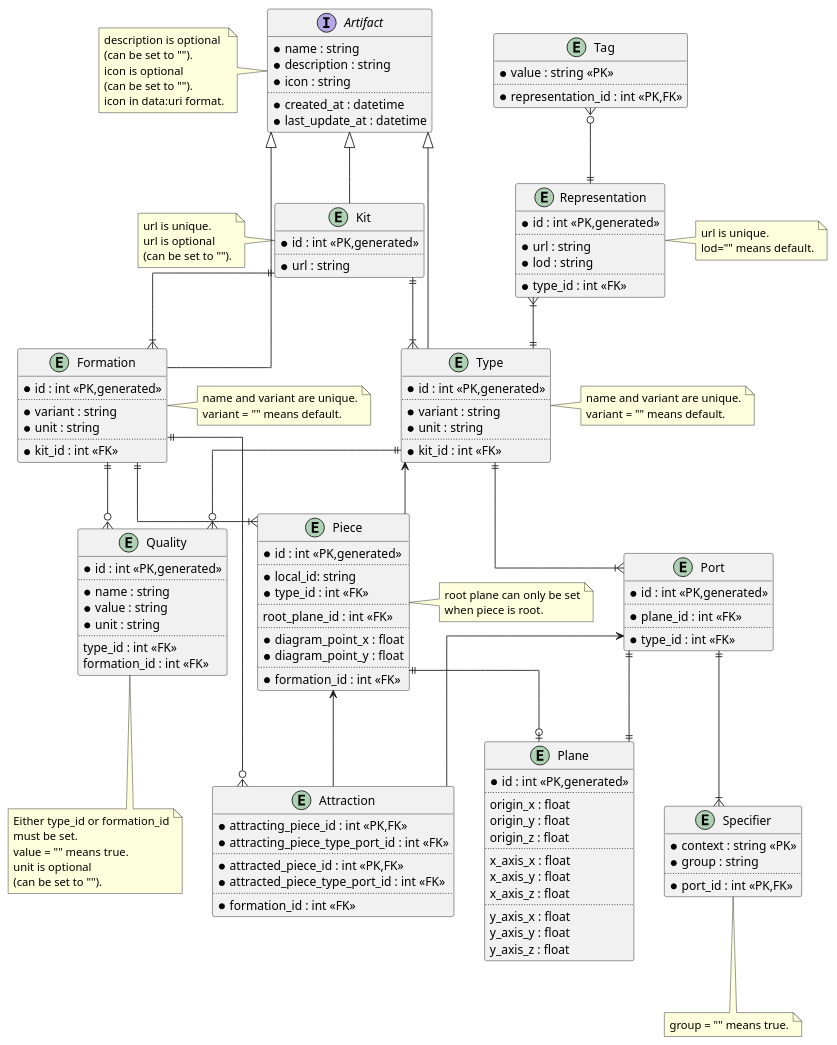
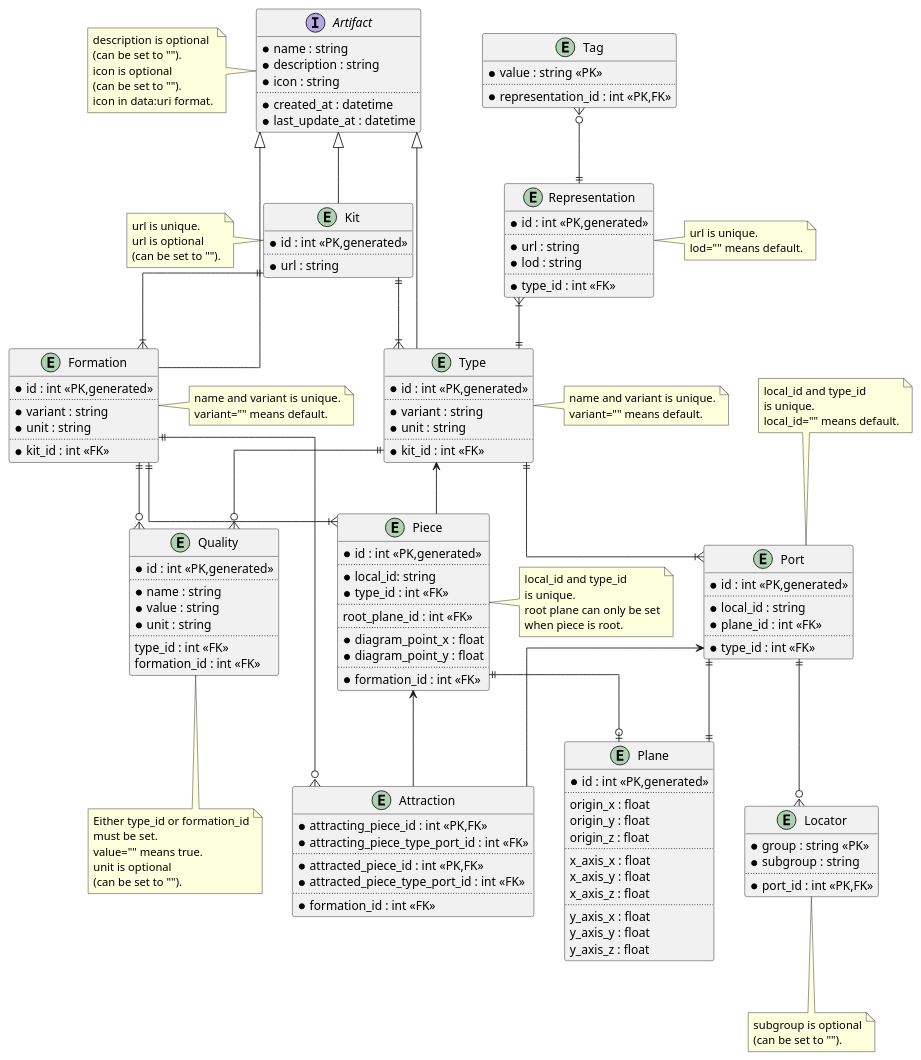
One commit to usalu/semio changed the diagram in docs/softwarequality/softwarearchitecture/dataarchitecture.pu. Above: the diagram before and after it, drawn with PlantUML. The commit also changed 60 other files, not shown here.

First line of the commit message:
🔁Port identification mechanism🔄Specifier to Locators.⬆️.NET Docs

```diff
--- a/docs/softwarequality/softwarearchitecture/dataarchitecture.pu
+++ b/docs/softwarequality/softwarearchitecture/dataarchitecture.pu
@@ -1,177 +1,186 @@
 @startuml "data architecture"
 skinparam linetype ortho
 
 interface Artifact {
     *name : string
     *description : string
     *icon : string
     ..
     *created_at : datetime
     *last_update_at : datetime
 }
 note left of Artifact
     description is optional
     (can be set to "").
     icon is optional
     (can be set to "").
     icon in data:uri format.
 end note
 
 entity Kit {
     *id : int <<PK,generated>> 
     ..
     *url : string
 }
 note left of Kit
     url is unique.
     url is optional
     (can be set to "").
 end note
 
 entity Type {
     *id : int <<PK,generated>>
     ..
     *variant : string
     *unit : string
     ..
     *kit_id : int <<FK>>
 }
 note right of Type
-    name and variant are unique.
-    variant = "" means default.
+    name and variant is unique.
+    variant="" means default.
 end note
 
 entity Representation {
     *id : int <<PK,generated>>
     ..
     *url : string
     *lod : string
     ..
     *type_id : int <<FK>>
 }
 note right of Representation
     url is unique.
     lod="" means default.
 end note
 
 entity Tag {
     *value : string <<PK>>
     ..
     *representation_id : int <<PK,FK>>
 }
 
 entity Plane{
     *id : int <<PK,generated>>
     ..
     origin_x : float
     origin_y : float
     origin_z : float
     ..
     x_axis_x : float
     x_axis_y : float
     x_axis_z : float
     ..
     y_axis_x : float
     y_axis_y : float
     y_axis_z : float
 }
 
 entity Port {
     *id : int <<PK,generated>>
     ..
+    *local_id : string
     *plane_id : int <<FK>>
     ..
     *type_id : int <<FK>>
 }
+note top of Port
+    local_id and type_id
+    is unique.
+    local_id="" means default.
+end note
 
 entity Quality {
     *id : int <<PK,generated>>
     ..
     *name : string
     *value : string
     *unit : string
     ..
     type_id : int <<FK>>
     formation_id : int <<FK>>
 }
 note bottom of Quality
     Either type_id or formation_id
     must be set.
-    value = "" means true.
+    value="" means true.
     unit is optional
     (can be set to "").
 end note
 
 
-entity Specifier {
-    *context : string <<PK>>
-    *group : string
+entity Locator {
+    *group : string <<PK>>
+    *subgroup : string
     ..
     *port_id : int <<PK,FK>>
 }
-note bottom of Specifier
-    group = "" means true.
+note bottom of Locator
+    subgroup is optional
+    (can be set to "").
 end note
 
 entity Piece{
     *id : int <<PK,generated>>
     ..
     *local_id: string
     *type_id : int <<FK>>
     ..
     root_plane_id : int <<FK>>
     ..
     *diagram_point_x : float
     *diagram_point_y : float
     ..
     *formation_id : int <<FK>>
 }
 note right of Piece
+    local_id and type_id
+    is unique.
     root plane can only be set
     when piece is root.
 end note
 
 entity Attraction {
     *attracting_piece_id : int <<PK,FK>>
     *attracting_piece_type_port_id : int <<FK>>
     ..
     *attracted_piece_id : int <<PK,FK>>
     *attracted_piece_type_port_id : int <<FK>>
     ..
     *formation_id : int <<FK>>
 }
 
 entity Formation {
     *id : int <<PK,generated>>
     ..
     *variant : string
     *unit : string
     ..
     *kit_id : int <<FK>>
 }
 note right of Formation
-    name and variant are unique.
-    variant = "" means default.
+    name and variant is unique.
+    variant="" means default.
 end note
 
 Kit ||--|{ Formation
 Kit ||--|{ Type 
 Tag }o--|| Representation
 Representation }|--|| Type
 Type ||--|{ Port
 Type ||--o{ Quality
 Formation ||--|{ Piece
 Formation ||--o{ Attraction
 Formation ||--o{ Quality
 Port ||--|| Plane
-Port ||--|{  Specifier
+Port ||--o{  Locator
 Piece ||--o| Plane
 Type <-- Piece
 Piece <-- Attraction
 Port <-- Attraction
 
 Artifact <|-- Kit
 Artifact <|-- Formation
 Artifact <|-- Type
 
 @enduml
```
